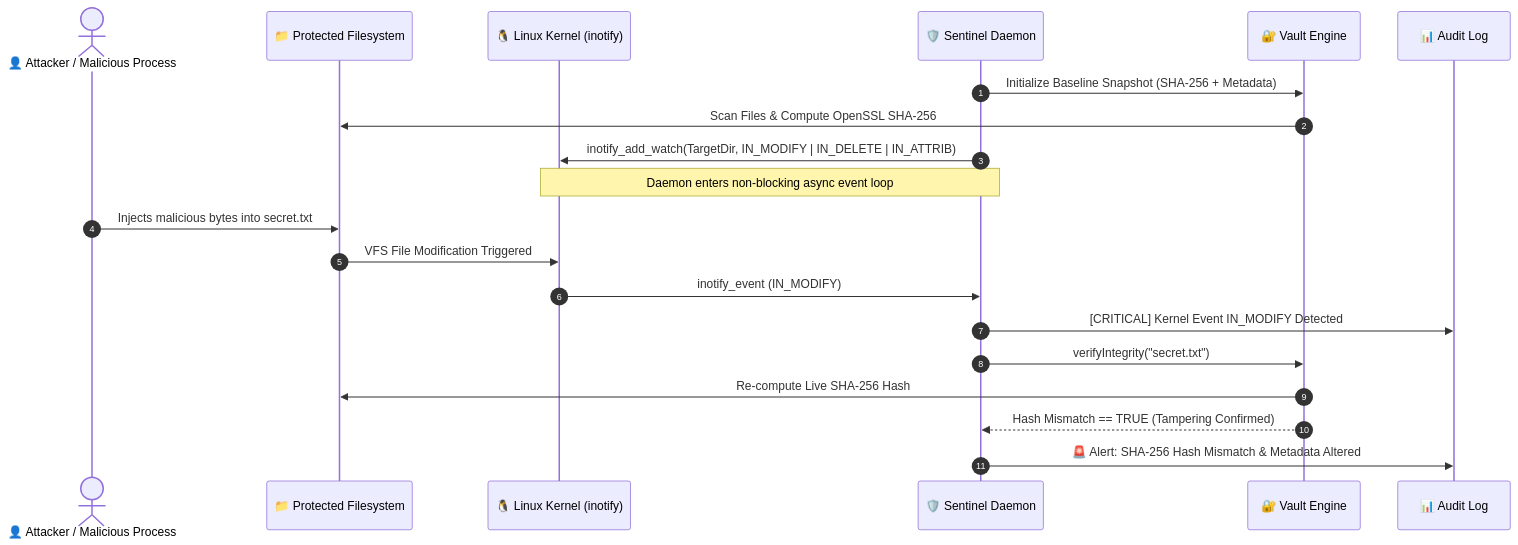
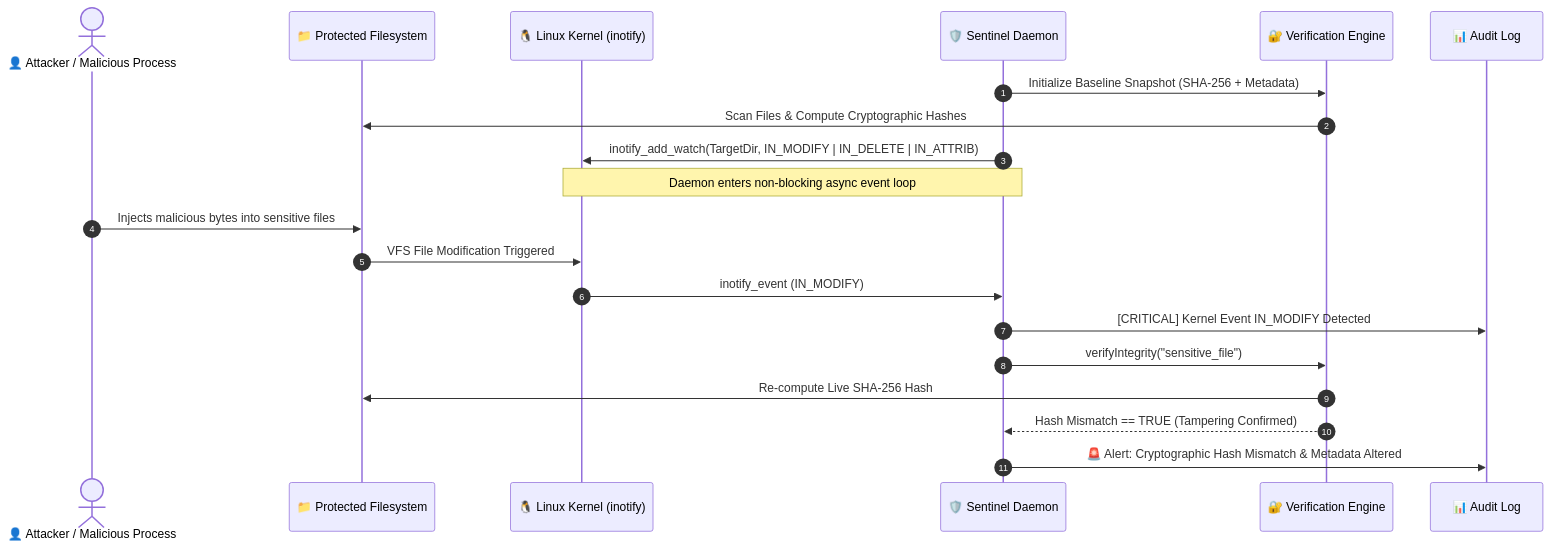
Before and after one commit to Atulkumar5772/Sentinel-Guard: the second of 2 diagrams in README.md, drawn with Mermaid. The commit also changed other lines of this file, not shown here.

````diff
--- a/README.md
+++ b/README.md
@@ -92,25 +92,25 @@
 ```mermaid
 sequenceDiagram
     autonumber
     actor Attacker as 👤 Attacker / Malicious Process
     participant FS as 📁 Protected Filesystem
     participant Kernel as 🐧 Linux Kernel (inotify)
     participant Sentinel as 🛡️ Sentinel Daemon
-    participant Vault as 🔐 Vault Engine
+    participant Verifier as 🔐 Verification Engine
     participant Log as 📊 Audit Log
 
-    Sentinel->>Vault: Initialize Baseline Snapshot (SHA-256 + Metadata)
-    Vault->>FS: Scan Files & Compute OpenSSL SHA-256
+    Sentinel->>Verifier: Initialize Baseline Snapshot (SHA-256 + Metadata)
+    Verifier->>FS: Scan Files & Compute Cryptographic Hashes
     Sentinel->>Kernel: inotify_add_watch(TargetDir, IN_MODIFY | IN_DELETE | IN_ATTRIB)
 
     Note over Sentinel,Kernel: Daemon enters non-blocking async event loop
 
-    Attacker->>FS: Injects malicious bytes into secret.txt
+    Attacker->>FS: Injects malicious bytes into sensitive files
     FS->>Kernel: VFS File Modification Triggered
     Kernel->>Sentinel: inotify_event (IN_MODIFY)
     Sentinel->>Log: [CRITICAL] Kernel Event IN_MODIFY Detected
-    Sentinel->>Vault: verifyIntegrity("secret.txt")
-    Vault->>FS: Re-compute Live SHA-256 Hash
-    Vault-->>Sentinel: Hash Mismatch == TRUE (Tampering Confirmed)
-    Sentinel->>Log: 🚨 Alert: SHA-256 Hash Mismatch & Metadata Altered
+    Sentinel->>Verifier: verifyIntegrity("sensitive_file")
+    Verifier->>FS: Re-compute Live SHA-256 Hash
+    Verifier-->>Sentinel: Hash Mismatch == TRUE (Tampering Confirmed)
+    Sentinel->>Log: 🚨 Alert: Cryptographic Hash Mismatch & Metadata Altered
 ```
````
